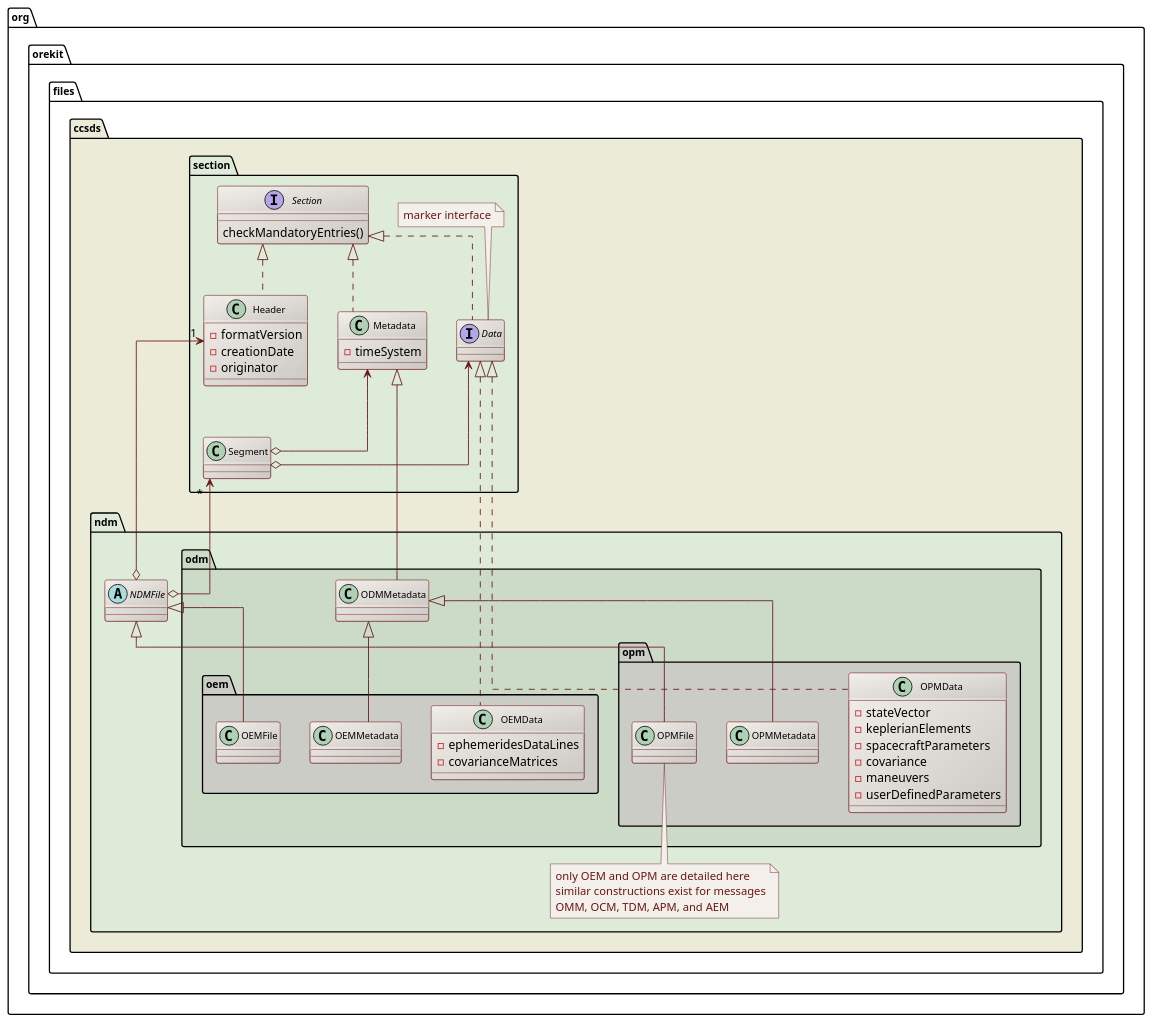
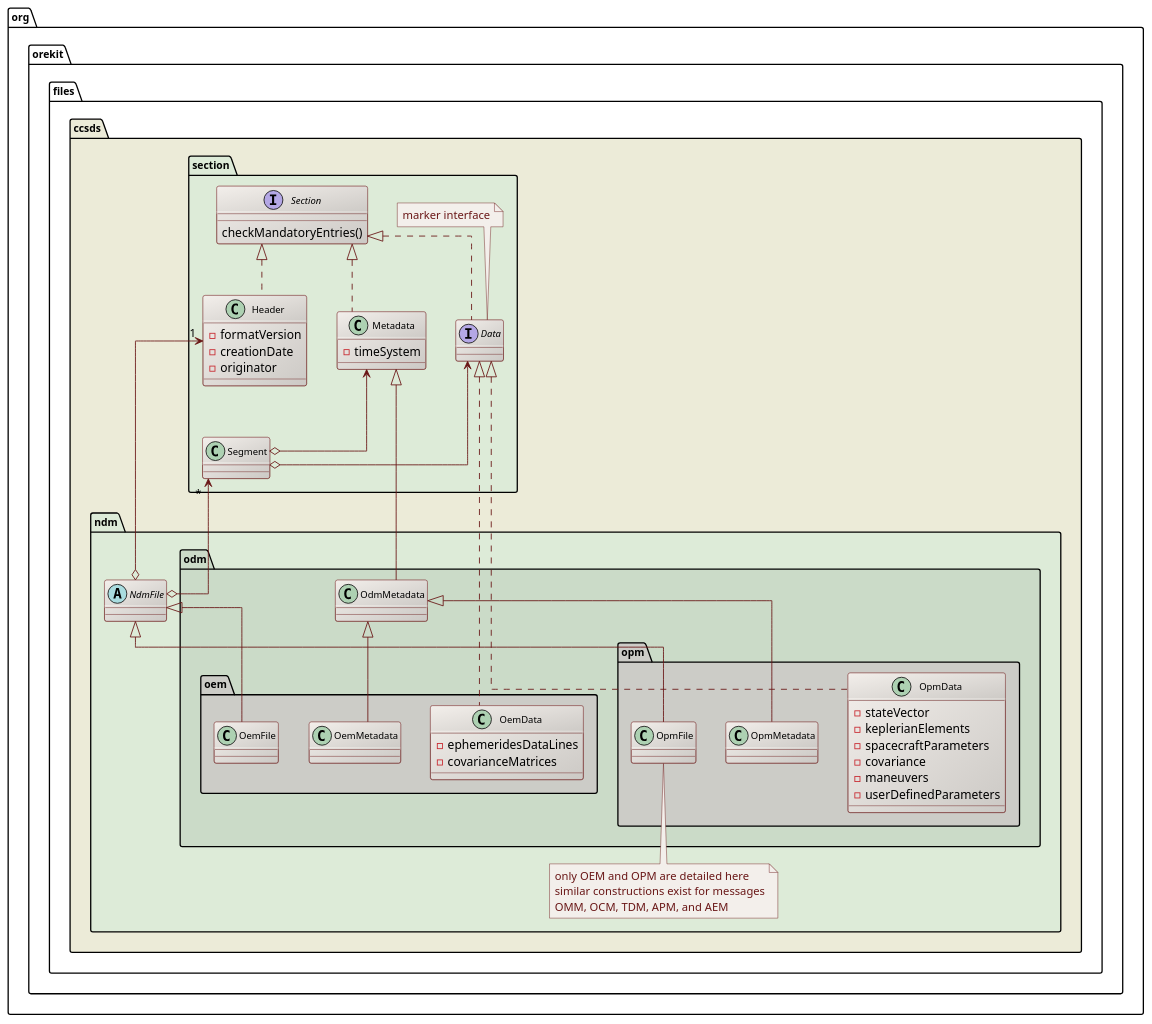
One commit to CS-SI/Orekit changed the diagram in src/design/ccsds-structure-class-diagram.puml. Above: the diagram before and after it, drawn with PlantUML. The commit also changed 208 other files, not shown here.

```diff
--- a/src/design/ccsds-structure-class-diagram.puml
+++ b/src/design/ccsds-structure-class-diagram.puml
@@ -17,89 +17,89 @@
 @startuml
 
   skinparam svek                  true
   skinparam ClassBackgroundColor  #F3EFEB/CCC9C5
   skinparam ClassArrowColor       #691616
   skinparam ClassBorderColor      #691616
   skinparam NoteBackgroundColor   #F3EFEB
   skinparam NoteBorderColor       #691616
   skinparam NoteFontColor         #691616
   skinparam ClassFontSize         11
   skinparam PackageFontSize       12
   skinparam linetype              ortho
 
   package org.orekit.files.ccsds #ECEBD8 {
 
     package section #DDEBD8 {
       interface Section {
         checkMandatoryEntries()
       }
       class Header {
        -formatVersion
        -creationDate
        -originator
       }
       class Metadata {
         -timeSystem
       }
       interface Data
       note top
       marker interface
       end note
       class Segment
       Section  <|.. Header
       Section  <|.. Metadata
       Section  <|.. Data
       Metadata <--o Segment
       Data     <--o Segment
     }
 
     package ndm #DDEBD8 {
 
       package odm #CBDBC8 {
 
-        class ODMMetadata
-        Metadata <|-- ODMMetadata
+        class OdmMetadata
+        Metadata <|-- OdmMetadata
 
         package oem #CCCCC7 {
-          class OEMData {
+          class OemData {
             -ephemeridesDataLines
             -covarianceMatrices
           }
-          class OEMMetadata
-          class OEMFile
-          Data <|.. OEMData
-          ODMMetadata <|-- OEMMetadata
+          class OemMetadata
+          class OemFile
+          Data <|.. OemData
+          OdmMetadata <|-- OemMetadata
         }
 
         package opm #CCCCC7 {
-          class OPMMetadata
-          class OPMData {
+          class OpmMetadata
+          class OpmData {
             - stateVector
             - keplerianElements
             - spacecraftParameters
             - covariance
             - maneuvers
             - userDefinedParameters
           }
-          class OPMFile
-          ODMMetadata <|-- OPMMetadata
-          Data <|.. OPMData
+          class OpmFile
+          OdmMetadata <|-- OpmMetadata
+          Data <|.. OpmData
          }
 
       }
       note bottom
         only OEM and OPM are detailed here
         similar constructions exist for messages
         OMM, OCM, TDM, APM, and AEM
       end note
 
-      abstract class NDMFile
+      abstract class NdmFile
 
-      NDMFile <|-- OEMFile
-      NDMFile <|-- OPMFile
-      Header  "1" <--o NDMFile
-      Segment "*" <--o NDMFile
+      NdmFile <|-- OemFile
+      NdmFile <|-- OpmFile
+      Header  "1" <--o NdmFile
+      Segment "*" <--o NdmFile
 
     }
   }
 @enduml
```
